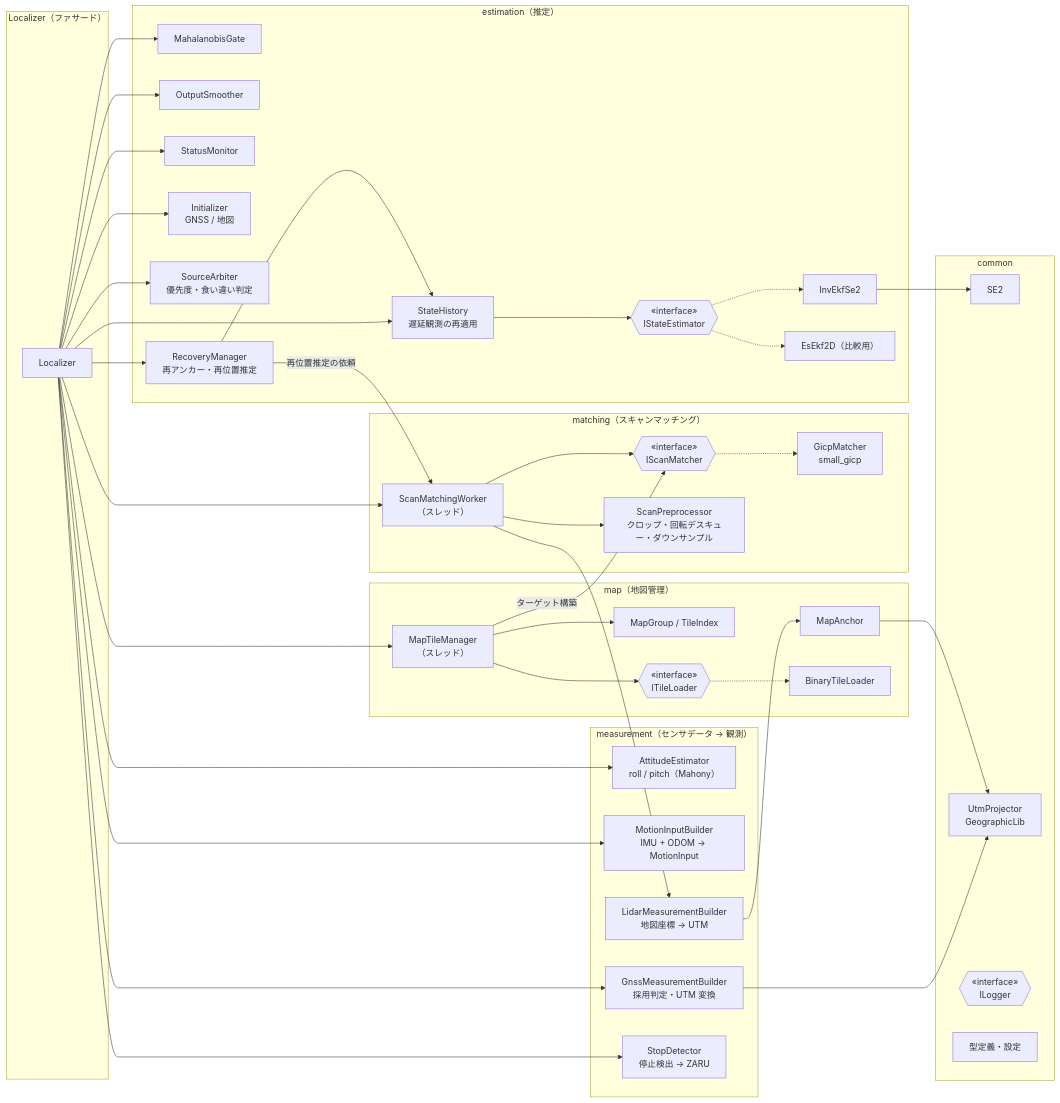
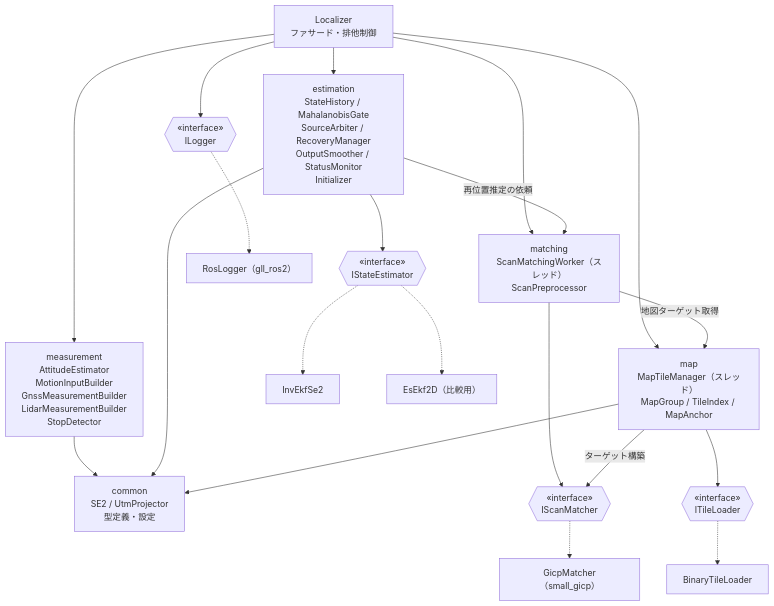
One commit to mamoru1126/gnss_and_lidar_localization changed the second of 14 diagrams in docs/architecture.md. Above: the diagram before and after it, drawn with Mermaid. The commit also changed other lines of this file and 2 other files, not shown here.

Commit message:
docs: GitHub 上での数式・Mermaid 図の表示崩れを修正
- 数式: インラインを $`...`$、ブロックを ```math に統一し、Markdown との衝突を解消。
  \boldsymbol と数式内の日本語 \text を除去（全 265 式を KaTeX で検証済み）
- クラス図: カンマや括弧を含むジェネリクス、入れ子ジェネリクス、:: を含む注釈、
  operator*、direction 指定など、古い Mermaid で壊れる記法を置き換え
- 推定部分のクラス図を 3 枚に分割し、長いシグネチャを短縮
- コンポーネント図 2.2 をパッケージ単位の図に簡略化（全 19 図の描画を確認）

Claude-Session: https://claude.ai/code/session_01KqRGR7WGN4hVsxkDus5iEQ

````diff
--- a/docs/architecture.md
+++ b/docs/architecture.md
@@ -78,66 +80,44 @@
 ```mermaid
-flowchart LR
-  subgraph facade["Localizer（ファサード）"]
-    LOC["Localizer"]
-  end
+flowchart TB
+  LOC["Localizer<br/>ファサード・排他制御"]
 
-  subgraph measurement["measurement（センサデータ → 観測）"]
-    ATT["AttitudeEstimator<br/>roll / pitch（Mahony）"]
-    MIB["MotionInputBuilder<br/>IMU + ODOM → MotionInput"]
-    GMB["GnssMeasurementBuilder<br/>採用判定・UTM 変換"]
-    LMB["LidarMeasurementBuilder<br/>地図座標 → UTM"]
-    STOP["StopDetector<br/>停止検出 → ZARU"]
-  end
+  MEAS["measurement<br/>AttitudeEstimator<br/>MotionInputBuilder<br/>GnssMeasurementBuilder<br/>LidarMeasurementBuilder<br/>StopDetector"]
+  EST["estimation<br/>StateHistory / MahalanobisGate<br/>SourceArbiter / RecoveryManager<br/>OutputSmoother / StatusMonitor<br/>Initializer"]
+  MATCH["matching<br/>ScanMatchingWorker（スレッド）<br/>ScanPreprocessor"]
+  MAPC["map<br/>MapTileManager（スレッド）<br/>MapGroup / TileIndex / MapAnchor"]
+  COMMON["common<br/>SE2 / UtmProjector<br/>型定義・設定"]
 
-  subgraph estimation["estimation（推定）"]
-    ISE{{"«interface»<br/>IStateEstimator"}}
-    IEKF["InvEkfSe2"]
-    ESEKF["EsEkf2D（比較用）"]
-    HIST["StateHistory<br/>遅延観測の再適用"]
-    GATE["MahalanobisGate"]
-    SMO["OutputSmoother"]
-    MON["StatusMonitor"]
-    INIT["Initializer<br/>GNSS / 地図"]
-    ARB["SourceArbiter<br/>優先度・食い違い判定"]
-    REC["RecoveryManager<br/>再アンカー・再位置推定"]
-  end
+  ISE{{"«interface»<br/>IStateEstimator"}}
+  ISM{{"«interface»<br/>IScanMatcher"}}
+  ITL{{"«interface»<br/>ITileLoader"}}
+  ILG{{"«interface»<br/>ILogger"}}
 
-  subgraph matching["matching（スキャンマッチング）"]
-    ISM{{"«interface»<br/>IScanMatcher"}}
-    GICP["GicpMatcher<br/>small_gicp"]
-    PRE["ScanPreprocessor<br/>クロップ・回転デスキュー・ダウンサンプル"]
-    WRK["ScanMatchingWorker<br/>（スレッド）"]
-  end
+  IEKF["InvEkfSe2"]
+  ESEKF["EsEkf2D（比較用）"]
+  GICP["GicpMatcher（small_gicp）"]
+  BTL["BinaryTileLoader"]
+  RLOG["RosLogger（gll_ros2）"]
 
-  subgraph map["map（地図管理）"]
-    MTM["MapTileManager<br/>（スレッド）"]
-    ANC["MapAnchor"]
-    GRP["MapGroup / TileIndex"]
-    ITL{{"«interface»<br/>ITileLoader"}}
-    BTL["BinaryTileLoader"]
-  end
+  LOC --> MEAS
+  LOC --> EST
+  LOC --> MATCH
+  LOC --> MAPC
+  LOC --> ILG
 
-  subgraph common["common"]
-    SE2["SE2"]
-    GEO["UtmProjector<br/>GeographicLib"]
-    ILG{{"«interface»<br/>ILogger"}}
-    TYP["型定義・設定"]
-  end
+  EST --> ISE
+  ISE -.-> IEKF
+  ISE -.-> ESEKF
+  MATCH --> ISM
+  ISM -.-> GICP
+  MAPC --> ITL
+  ITL -.-> BTL
+  ILG -.-> RLOG
 
-  LOC --> ATT & MIB & GMB & STOP
-  LOC --> HIST --> ISE
-  ISE -.-> IEKF & ESEKF
-  LOC --> GATE & SMO & MON & INIT
-  LOC --> ARB & REC
-  REC --> HIST
-  REC -- 再位置推定の依頼 --> WRK
-  LOC --> WRK --> PRE
-  WRK --> ISM -.-> GICP
-  WRK --> LMB --> ANC
-  LOC --> MTM --> GRP
-  MTM --> ITL -.-> BTL
-  MTM -- ターゲット構築 --> ISM
-  GMB --> GEO
-  ANC --> GEO
-  IEKF --> SE2
+  EST -- 再位置推定の依頼 --> MATCH
+  MAPC -- ターゲット構築 --> ISM
+  MATCH -- 地図ターゲット取得 --> MAPC
+
+  MEAS --> COMMON
+  EST --> COMMON
+  MAPC --> COMMON
 ```
````
